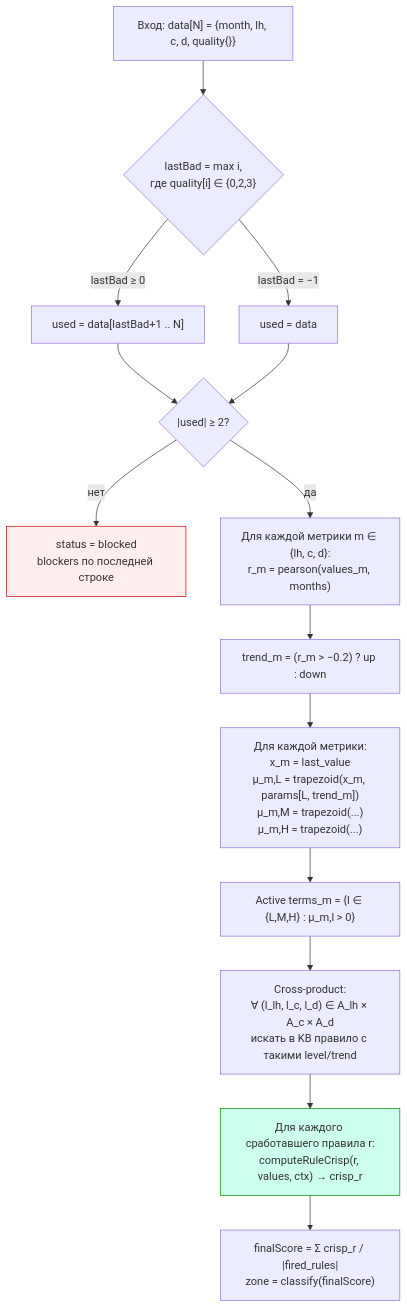
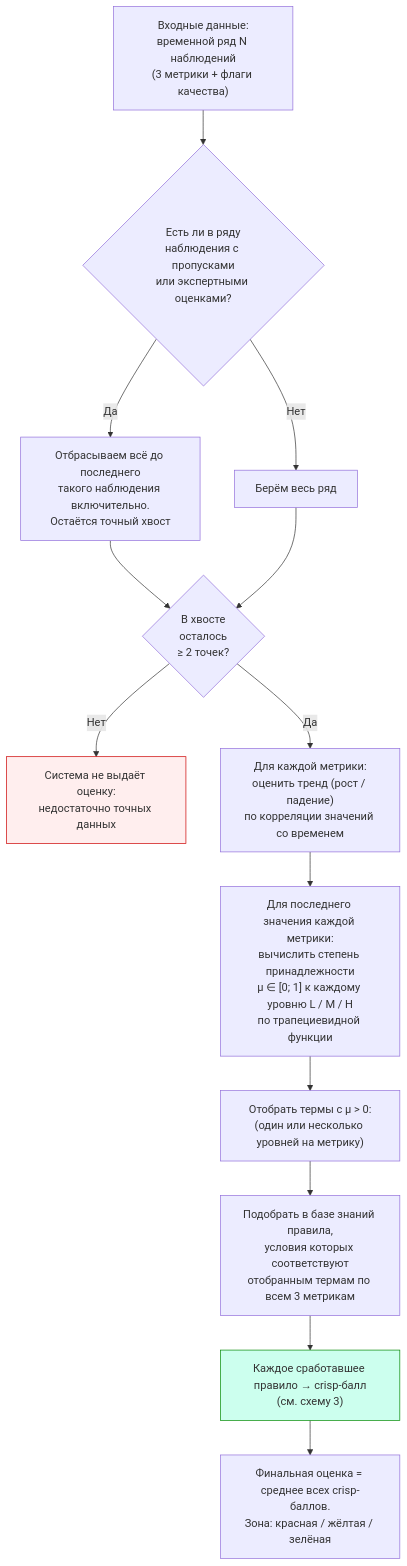
Before and after one commit to arishkaa05/Supplier-Evaluation-System: the first of 4 diagrams in samples/test-cases/FLOWCHARTS.md, drawn with Mermaid. The commit also changed other lines of this file, not shown here.

First line of the commit message:
docs(FLOWCHARTS): rewrite blocks with plain-language descriptions

````diff
--- a/samples/test-cases/FLOWCHARTS.md
+++ b/samples/test-cases/FLOWCHARTS.md
@@ -10,19 +10,18 @@
 ```mermaid
 flowchart TD
-    A["Вход: data[N] = {month, lh, c, d, quality{}}"] --> B{"lastBad = max i,<br/>где quality[i] ∈ {0,2,3}"}
-    B -->|"lastBad ≥ 0"| C["used = data[lastBad+1 .. N]"]
-    B -->|"lastBad = −1"| C2["used = data"]
-    C --> D{"|used| ≥ 2?"}
+    A["Входные данные:<br/>временной ряд N наблюдений<br/>(3 метрики + флаги качества)"] --> B{"Есть ли в ряду<br/>наблюдения с пропусками<br/>или экспертными оценками?"}
+    B -->|"Да"| C["Отбрасываем всё до последнего<br/>такого наблюдения включительно.<br/>Остаётся точный хвост"]
+    B -->|"Нет"| C2["Берём весь ряд"]
+    C --> D{"В хвосте<br/>осталось<br/>≥ 2 точек?"}
     C2 --> D
-    D -->|"нет"| BLOCK["status = blocked<br/>blockers по последней строке"]
-    D -->|"да"| E["Для каждой метрики m ∈ {lh, c, d}:<br/>r_m = pearson(values_m, months)"]
-    E --> F["trend_m = (r_m &gt; −0.2) ? up : down"]
-    F --> G["Для каждой метрики:<br/>x_m = last_value<br/>μ_m,L = trapezoid(x_m, params[L, trend_m])<br/>μ_m,M = trapezoid(...)<br/>μ_m,H = trapezoid(...)"]
-    G --> H["Active terms_m = {l ∈ {L,M,H} : μ_m,l &gt; 0}"]
-    H --> I["Cross-product:<br/>∀ (l_lh, l_c, l_d) ∈ A_lh × A_c × A_d<br/>искать в KB правило с такими level/trend"]
-    I --> J["Для каждого сработавшего правила r:<br/>computeRuleCrisp(r, values, ctx) → crisp_r"]
-    J --> K["finalScore = Σ crisp_r / |fired_rules|<br/>zone = classify(finalScore)"]
+    D -->|"Нет"| BLOCK["Система не выдаёт оценку:<br/>недостаточно точных данных"]
+    D -->|"Да"| E["Для каждой метрики:<br/>оценить тренд (рост / падение)<br/>по корреляции значений со временем"]
+    E --> G["Для последнего значения каждой метрики:<br/>вычислить степень принадлежности<br/>μ ∈ [0; 1] к каждому уровню L / M / H<br/>по трапециевидной функции"]
+    G --> H["Отобрать термы с μ &gt; 0:<br/>(один или несколько уровней на метрику)"]
+    H --> I["Подобрать в базе знаний правила,<br/>условия которых соответствуют<br/>отобранным термам по всем 3 метрикам"]
+    I --> J["Каждое сработавшее правило → crisp-балл<br/>(см. схему 3)"]
+    J --> K["Финальная оценка = среднее всех crisp-баллов.<br/>Зона: красная / жёлтая / зелёная"]
 
     style BLOCK fill:#fee,stroke:#c00
     style J fill:#cfe,stroke:#080
 ```
````
